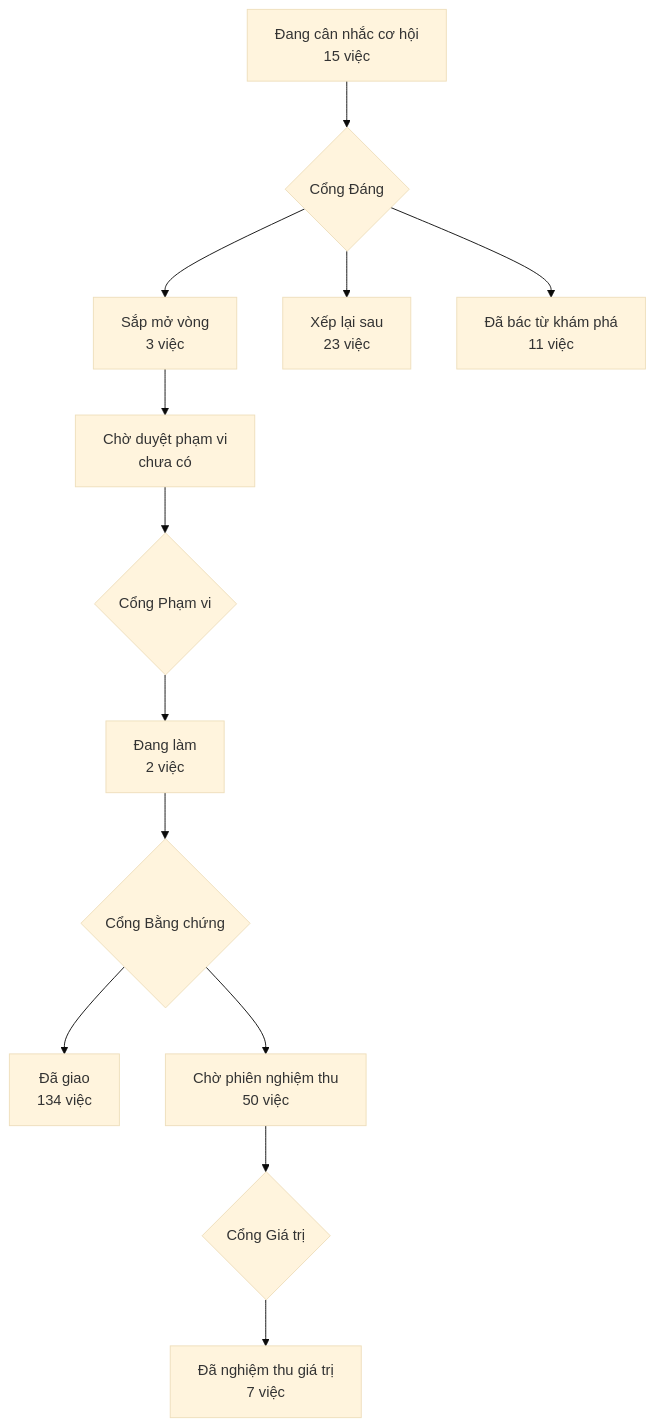
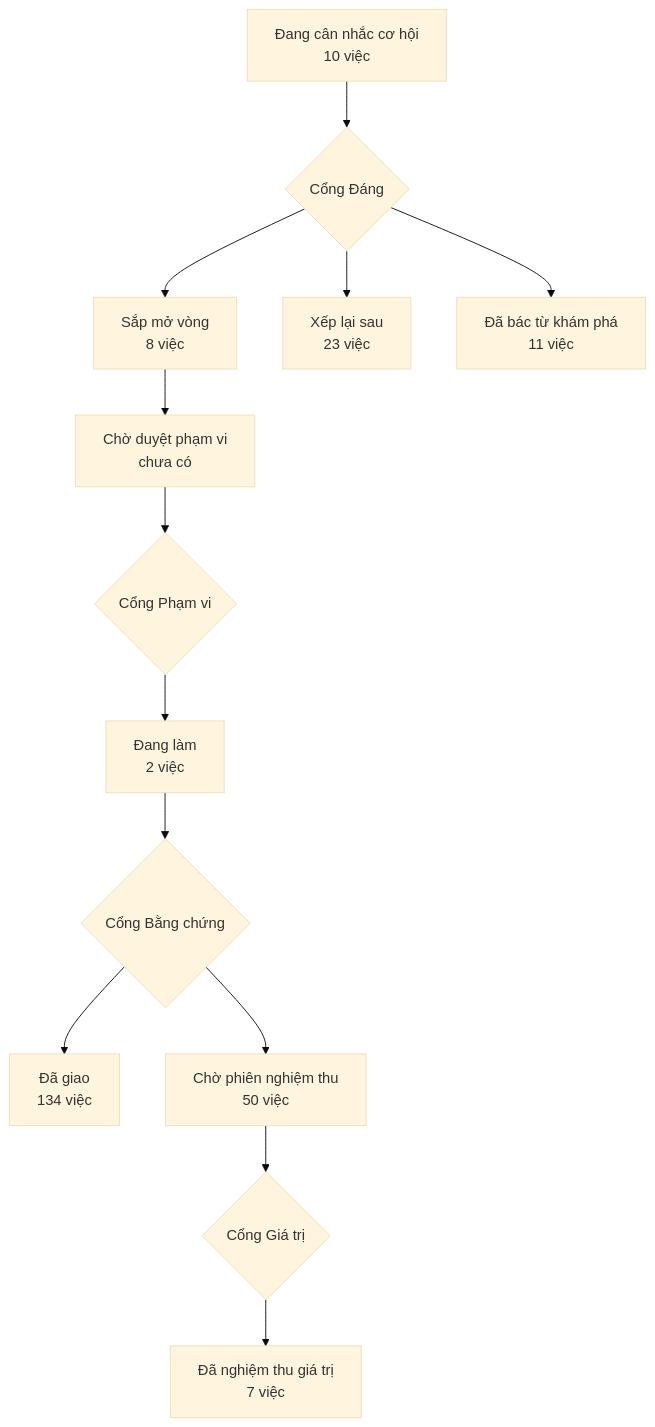
One commit to phanlemanh/acceptance-gate-kit changed the diagram in PRODUCT-MAP.md. Above: the diagram before and after it, drawn with Mermaid (base theme). The commit also changed 6 other files, not shown here.

Commit message:
docs(o-tinh-chinh): Cổng Đáng TC1–TC5 — chủ kho quyết build cả năm, ngưỡng và hạn theo đề xuất (05/11)

````diff
--- a/PRODUCT-MAP.md
+++ b/PRODUCT-MAP.md
@@ -7,12 +7,12 @@
 ```mermaid
 flowchart TD
-  A["Đang cân nhắc cơ hội<br/>15 việc"] --> GD{"Cổng Đáng"}
-  GD --> B["Sắp mở vòng<br/>3 việc"]
+  A["Đang cân nhắc cơ hội<br/>10 việc"] --> GD{"Cổng Đáng"}
+  GD --> B["Sắp mở vòng<br/>8 việc"]
   GD --> XL["Xếp lại sau<br/>23 việc"]
   GD --> DB["Đã bác từ khám phá<br/>11 việc"]
   B --> CD["Chờ duyệt phạm vi<br/>chưa có"] --> GP{"Cổng Phạm vi"}
   GP --> DL["Đang làm<br/>2 việc"] --> GB{"Cổng Bằng chứng"}
   GB --> DG["Đã giao<br/>134 việc"]
   GB --> CN["Chờ phiên nghiệm thu<br/>50 việc"] --> GG{"Cổng Giá trị"}
   GG --> NT["Đã nghiệm thu giá trị<br/>7 việc"]
 ```
````
